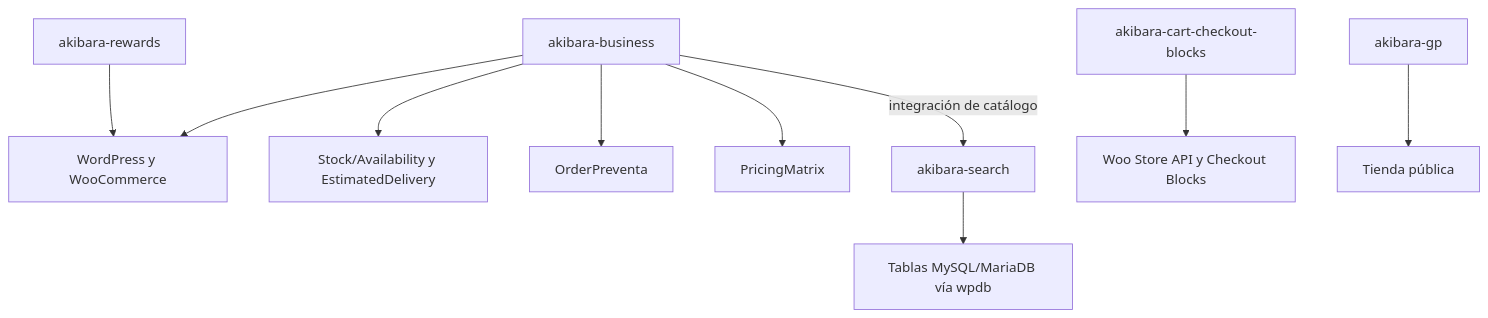
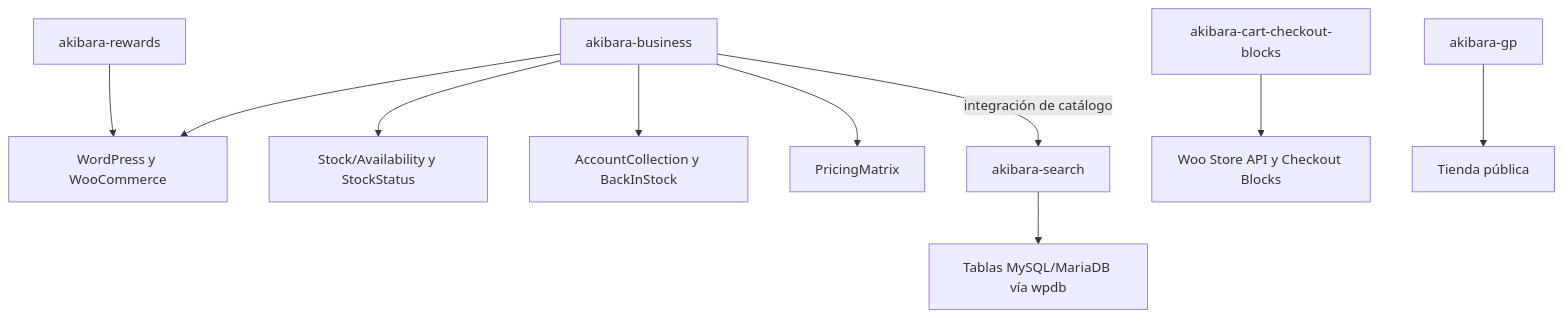
The diagram in docs/brain/CONTEXTO_VIVO.md (alefvaras/akibara), drawn with Mermaid before and after one commit. The commit also changed other lines of this file and 2608 other files, not shown here.

````diff
--- a/docs/brain/CONTEXTO_VIVO.md
+++ b/docs/brain/CONTEXTO_VIVO.md
@@ -19,12 +25,12 @@
 ```mermaid
 flowchart TD
     Business[akibara-business] --> Woo[WordPress y WooCommerce]
-    Business --> Availability[Stock/Availability y EstimatedDelivery]
-    Business --> Orders[OrderPreventa]
+    Business --> Availability[Stock/Availability y StockStatus]
+    Business --> Collection[AccountCollection y BackInStock]
     Business --> Matrix[PricingMatrix]
     Search[akibara-search] --> DB[Tablas MySQL/MariaDB vía wpdb]
     Business -->|integración de catálogo| Search
     Blocks[akibara-cart-checkout-blocks] --> API[Woo Store API y Checkout Blocks]
     Theme[akibara-gp] --> Store[Tienda pública]
     Rewards[akibara-rewards] --> Woo
 ```
````
